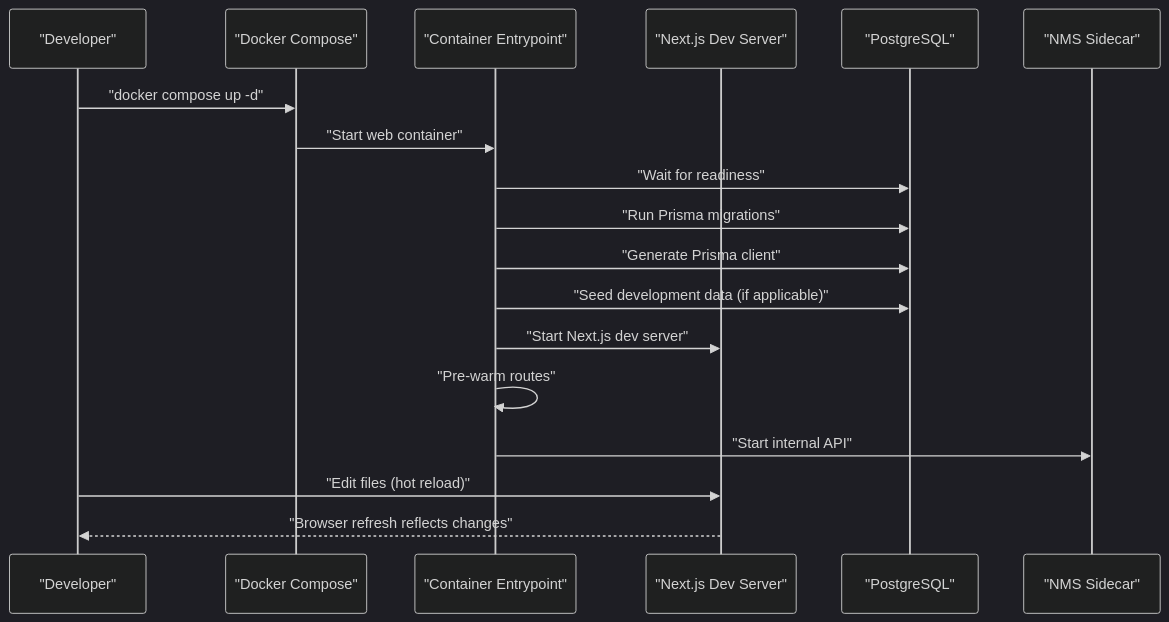
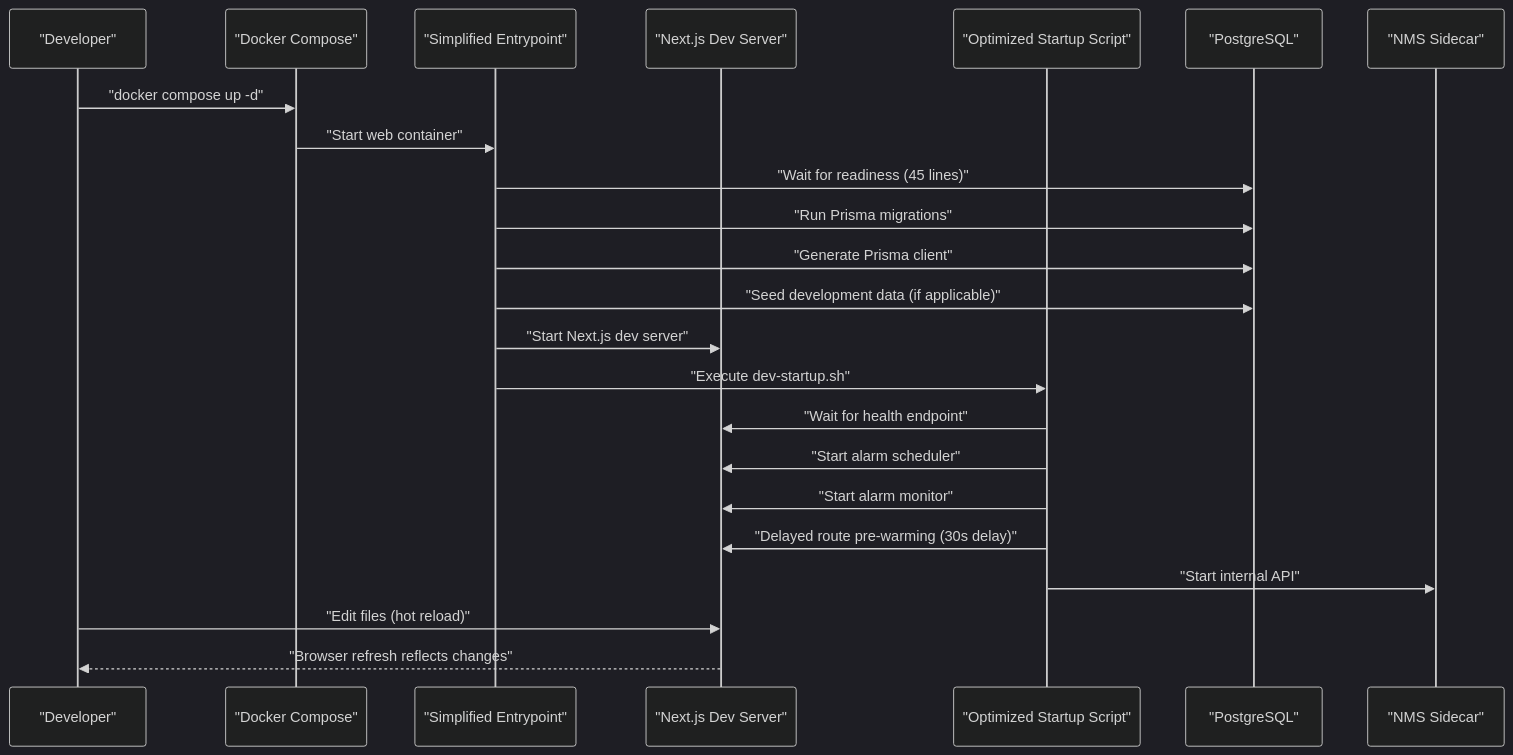
The second of 5 diagrams in .qoder/repowiki/en/content/Development & Deployment/Development Setup.md (celebigilfatih/infrascope), drawn with Mermaid (dark theme) before and after one commit. The commit also changed other lines of this file and 6 other files, not shown here.

````diff
--- a/.qoder/repowiki/en/content/Development & Deployment/Development Setup.md
+++ b/.qoder/repowiki/en/content/Development & Deployment/Development Setup.md
@@ -89,20 +108,25 @@
 ```mermaid
 sequenceDiagram
 participant Dev as "Developer"
 participant Compose as "Docker Compose"
-participant Entrypoint as "Container Entrypoint"
+participant Entrypoint as "Simplified Entrypoint"
 participant Web as "Next.js Dev Server"
+participant Startup as "Optimized Startup Script"
 participant DB as "PostgreSQL"
 participant NMS as "NMS Sidecar"
 Dev->>Compose : "docker compose up -d"
 Compose->>Entrypoint : "Start web container"
-Entrypoint->>DB : "Wait for readiness"
+Entrypoint->>DB : "Wait for readiness (45 lines)"
 Entrypoint->>DB : "Run Prisma migrations"
 Entrypoint->>DB : "Generate Prisma client"
 Entrypoint->>DB : "Seed development data (if applicable)"
 Entrypoint->>Web : "Start Next.js dev server"
-Entrypoint->>Entrypoint : "Pre-warm routes"
-Entrypoint->>NMS : "Start internal API"
+Entrypoint->>Startup : "Execute dev-startup.sh"
+Startup->>Web : "Wait for health endpoint"
+Startup->>Web : "Start alarm scheduler"
+Startup->>Web : "Start alarm monitor"
+Startup->>Web : "Delayed route pre-warming (30s delay)"
+Startup->>NMS : "Start internal API"
 Dev->>Web : "Edit files (hot reload)"
 Web-->>Dev : "Browser refresh reflects changes"
 ```
````
